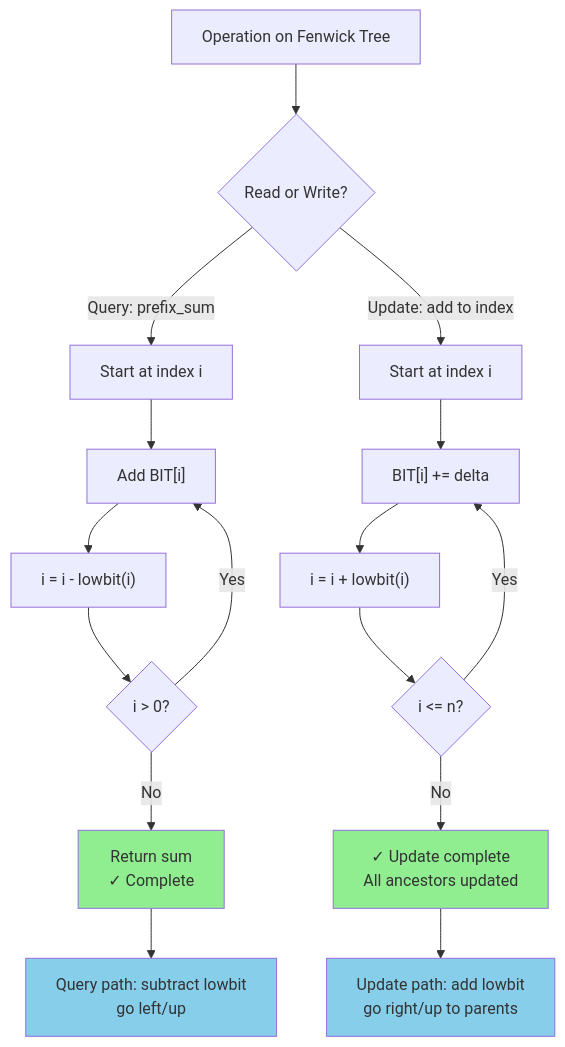
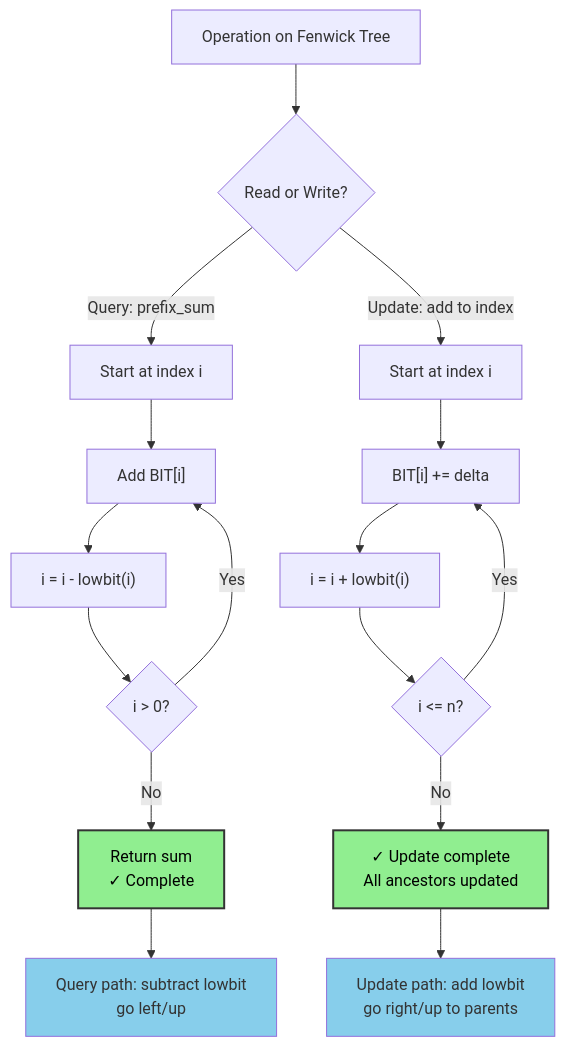
One commit to souradeepta/interviewprep changed the second of 3 diagrams in docs/advanced/fenwick_tree.md. Above: the diagram before and after it, drawn with Mermaid. The commit also changed other lines of this file and 31 other files, not shown here.

Commit message:
updated graphs

````diff
--- a/docs/advanced/fenwick_tree.md
+++ b/docs/advanced/fenwick_tree.md
@@ -42,27 +42,27 @@
 ```mermaid
 graph TD
     A["Operation on Fenwick Tree"] --> B{"Read or Write?"}
     
     B -->|Query: prefix_sum| C["Start at index i"]
     B -->|Update: add to index| D["Start at index i"]
     
     C --> E["Add BIT[i]"]
     E --> F["i = i - lowbit(i)"]
     F --> G{"i > 0?"}
     G -->|Yes| E
     G -->|No| H["Return sum<br/>✓ Complete"]
     
     D --> I["BIT[i] += delta"]
     I --> J["i = i + lowbit(i)"]
     J --> K{"i <= n?"}
     K -->|Yes| I
     K -->|No| L["✓ Update complete<br/>All ancestors updated"]
     
     H --> M["Query path: subtract lowbit<br/>go left/up"]
     L --> N["Update path: add lowbit<br/>go right/up to parents"]
     
-    style H fill:#90EE90
-    style L fill:#90EE90
+    style H fill:#90ee90,color:#000,stroke:#333,stroke-width:2px
+    style L fill:#90ee90,color:#000,stroke:#333,stroke-width:2px
     style M fill:#87CEEB
     style N fill:#87CEEB
 ```
````
